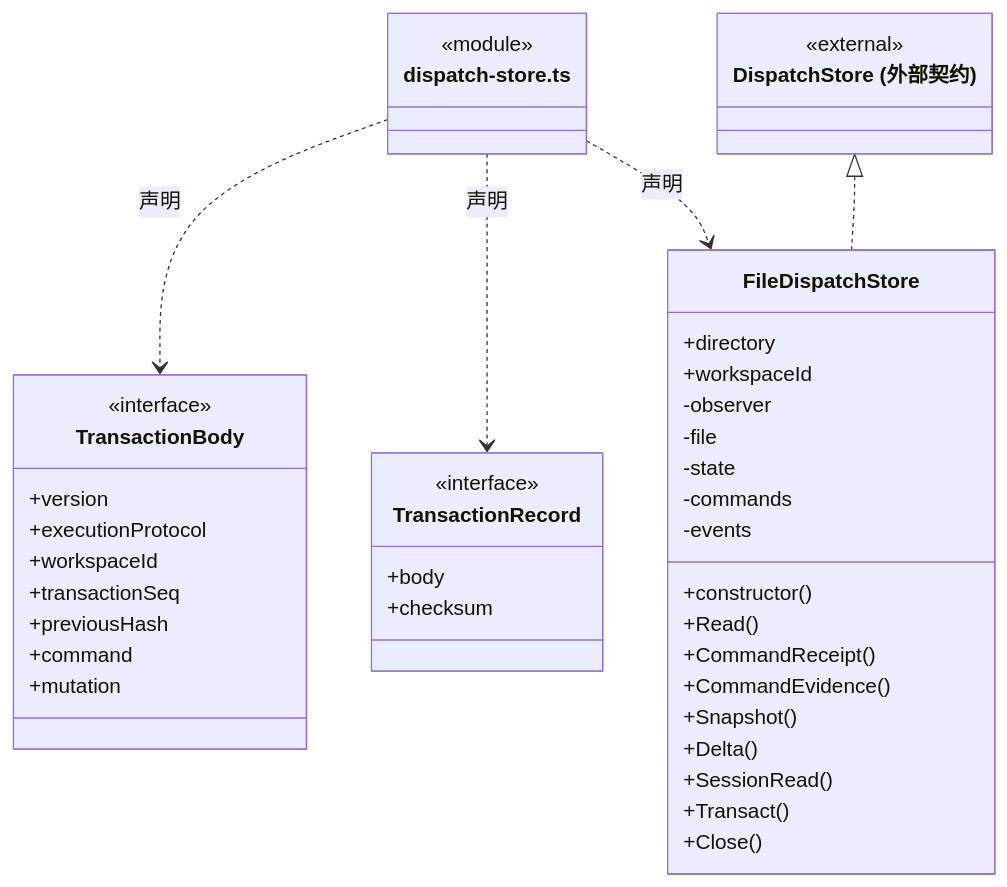
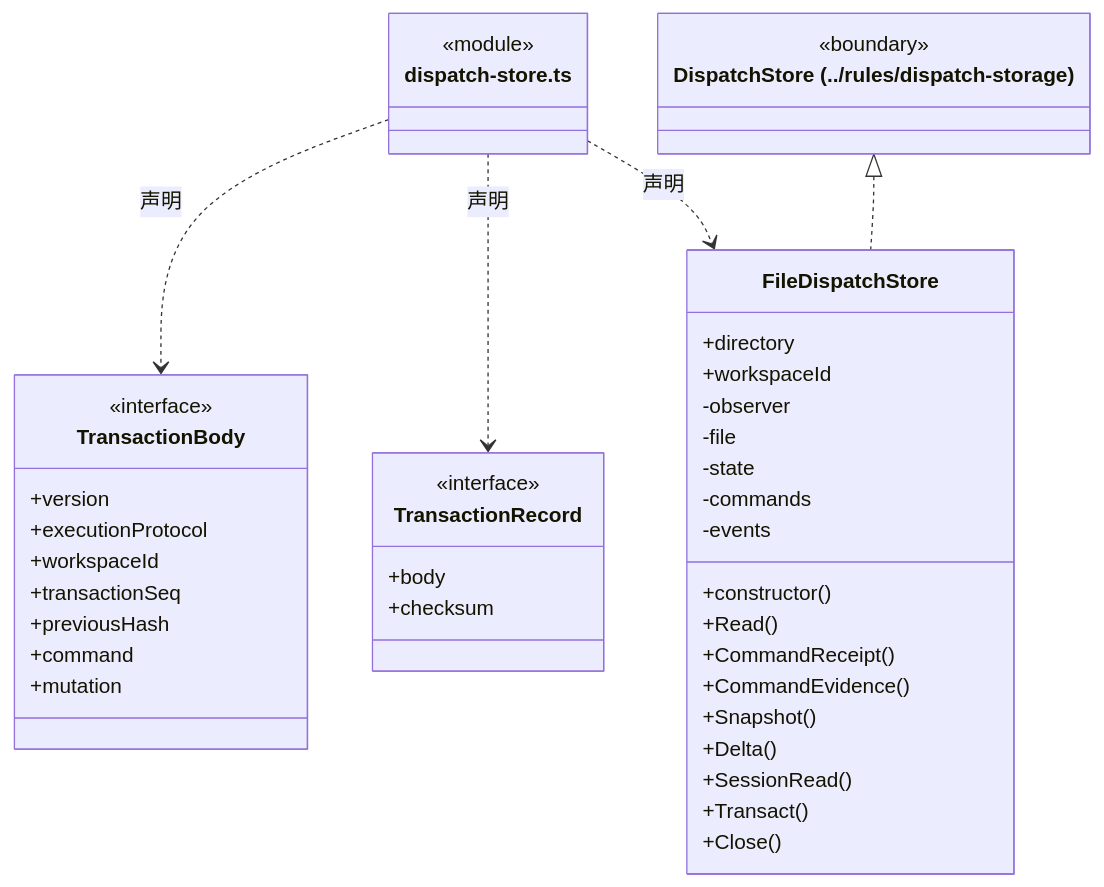
One commit to nan023062/cbim changed the first of 4 diagrams in src/logic/dispatch/storage/ARCHITECTURE.md. Above: the diagram before and after it, drawn with Mermaid. The commit also changed other lines of this file and 112 other files, not shown here.

Commit message:
docs: align source architecture with current declarations and contracts

````diff
--- a/src/logic/dispatch/storage/ARCHITECTURE.md
+++ b/src/logic/dispatch/storage/ARCHITECTURE.md
@@ -268,46 +268,46 @@
 ```mermaid
 classDiagram
 class N_src_logic_dispatch_storage_dispatch_store_ts["dispatch-store.ts"] {
   <<module>>
 }
 class N_src_logic_dispatch_storage_dispatch_store_ts_TransactionBody["TransactionBody"] {
   <<interface>>
   +version
   +executionProtocol
   +workspaceId
   +transactionSeq
   +previousHash
   +command
   +mutation
 }
 N_src_logic_dispatch_storage_dispatch_store_ts ..> N_src_logic_dispatch_storage_dispatch_store_ts_TransactionBody : 声明
 class N_src_logic_dispatch_storage_dispatch_store_ts_TransactionRecord["TransactionRecord"] {
   <<interface>>
   +body
   +checksum
 }
 N_src_logic_dispatch_storage_dispatch_store_ts ..> N_src_logic_dispatch_storage_dispatch_store_ts_TransactionRecord : 声明
 class N_src_logic_dispatch_storage_dispatch_store_ts_FileDispatchStore["FileDispatchStore"] {
   +directory
   +workspaceId
   +constructor()
   +Read()
   +CommandReceipt()
   +CommandEvidence()
   +Snapshot()
   +Delta()
   +SessionRead()
   +Transact()
   +Close()
   -observer
   -file
   -state
   -commands
   -events
 }
 N_src_logic_dispatch_storage_dispatch_store_ts ..> N_src_logic_dispatch_storage_dispatch_store_ts_FileDispatchStore : 声明
-class N_src_logic_dispatch_storage_dispatch_store_ts_external_DispatchStore["DispatchStore (外部契约)"] {
-  <<external>>
+class N_src_logic_dispatch_storage_dispatch_store_ts_external_DispatchStore["DispatchStore (../rules/dispatch-storage)"] {
+  <<boundary>>
 }
 N_src_logic_dispatch_storage_dispatch_store_ts_external_DispatchStore <|.. N_src_logic_dispatch_storage_dispatch_store_ts_FileDispatchStore
 ```
````
